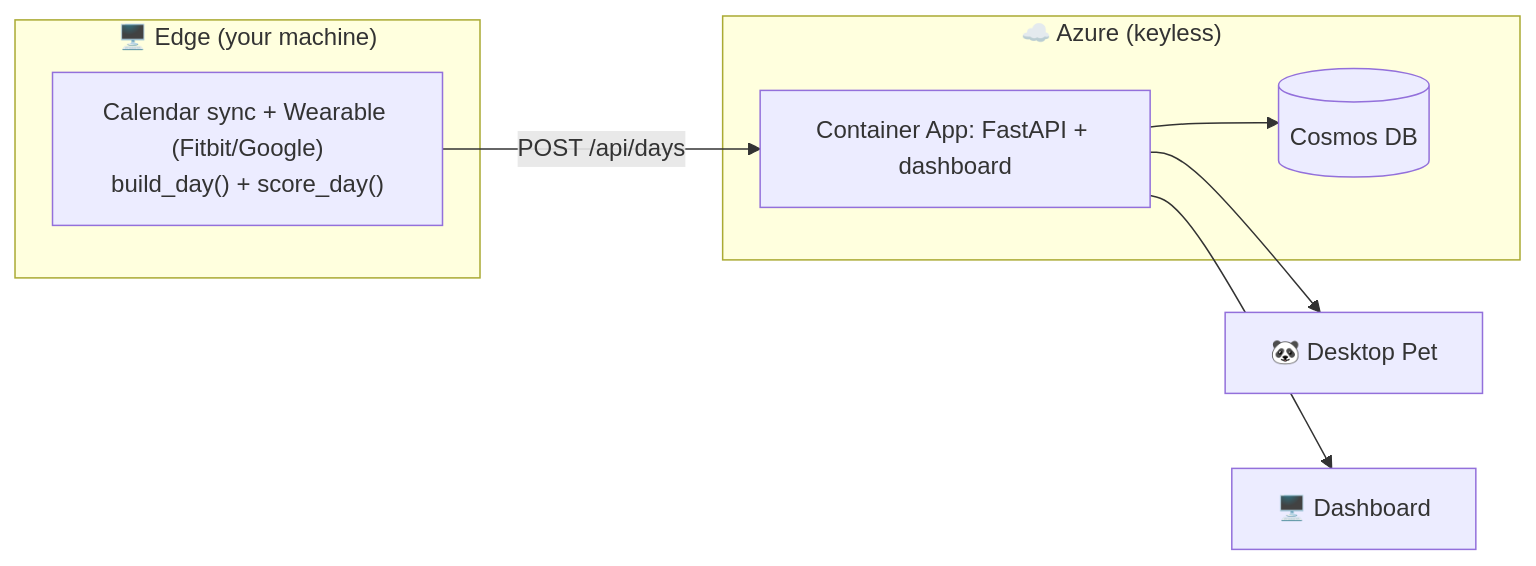
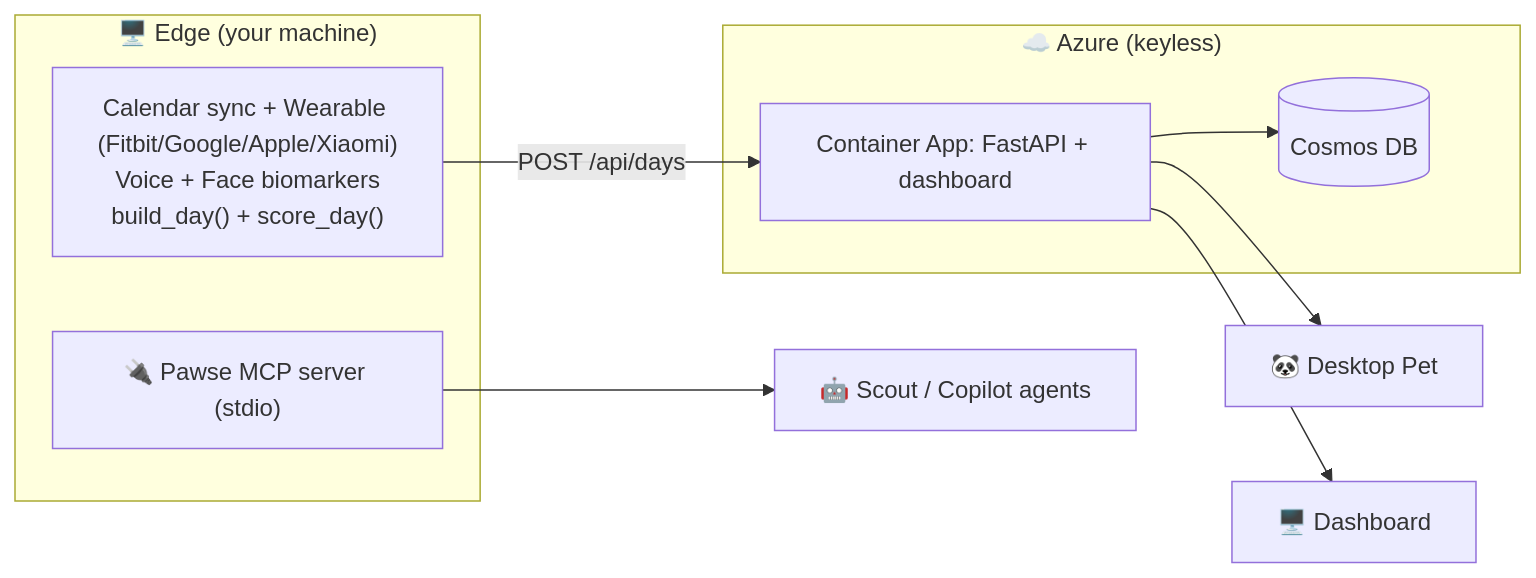
Before and after one commit to henrik-ra/Pawse: the diagram in README.md, drawn with Mermaid. The commit also changed other lines of this file and 3 other files, not shown here.

````diff
--- a/README.md
+++ b/README.md
@@ -45,12 +70,14 @@
 ```mermaid
 flowchart LR
   subgraph EDGE["🖥️ Edge (your machine)"]
-    A["Calendar sync + Wearable (Fitbit/Google)<br/>build_day() + score_day()"]
+    A["Calendar sync + Wearable (Fitbit/Google/Apple/Xiaomi)<br/>Voice + Face biomarkers<br/>build_day() + score_day()"]
+    M["🔌 Pawse MCP server (stdio)"]
   end
   A -->|"POST /api/days"| C
   subgraph CLOUD["☁️ Azure (keyless)"]
     C["Container App: FastAPI + dashboard"] --> D[("Cosmos DB")]
   end
   C --> P["🐼 Desktop Pet"]
   C --> W["🖥️ Dashboard"]
+  M --> S["🤖 Scout / Copilot agents"]
 ```
````
